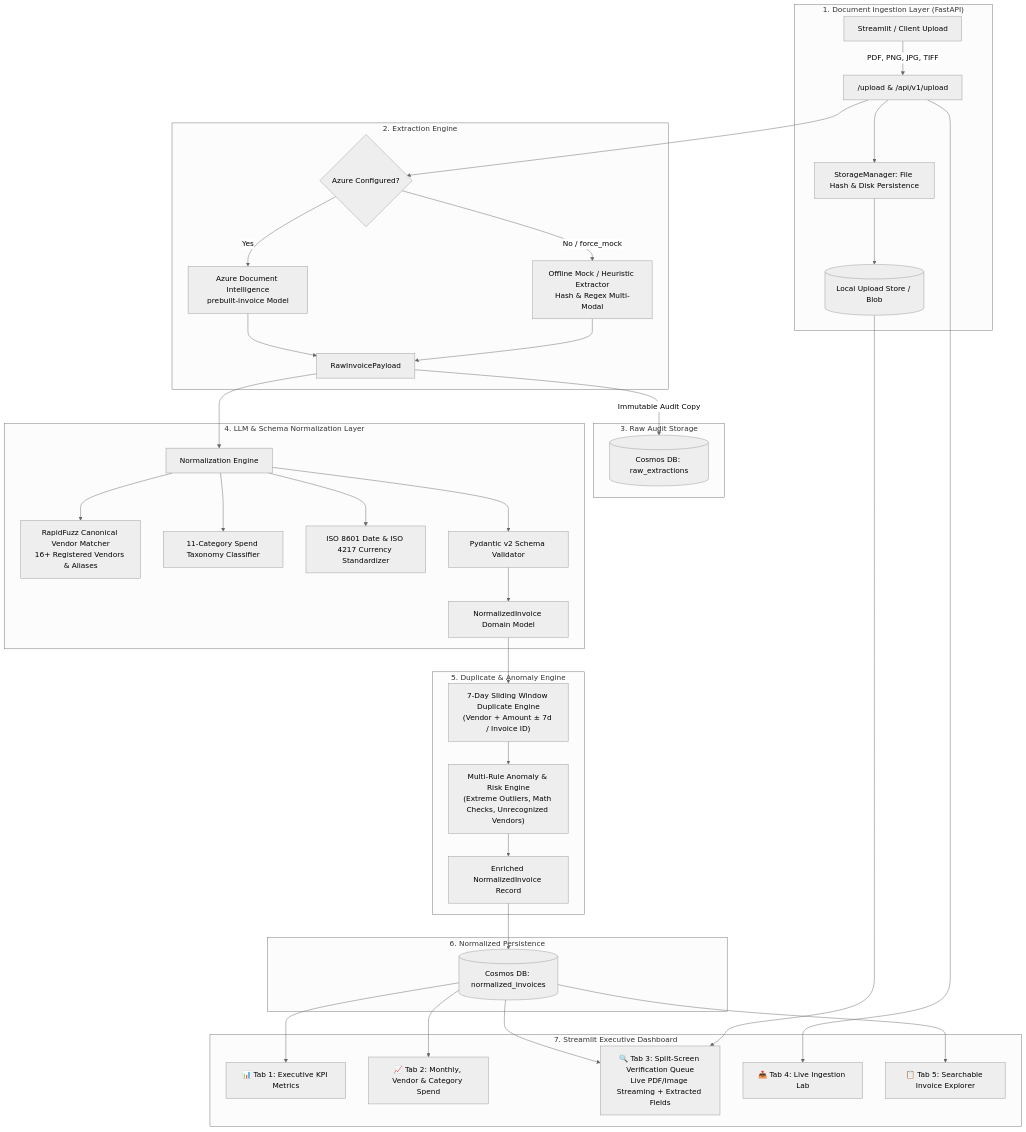
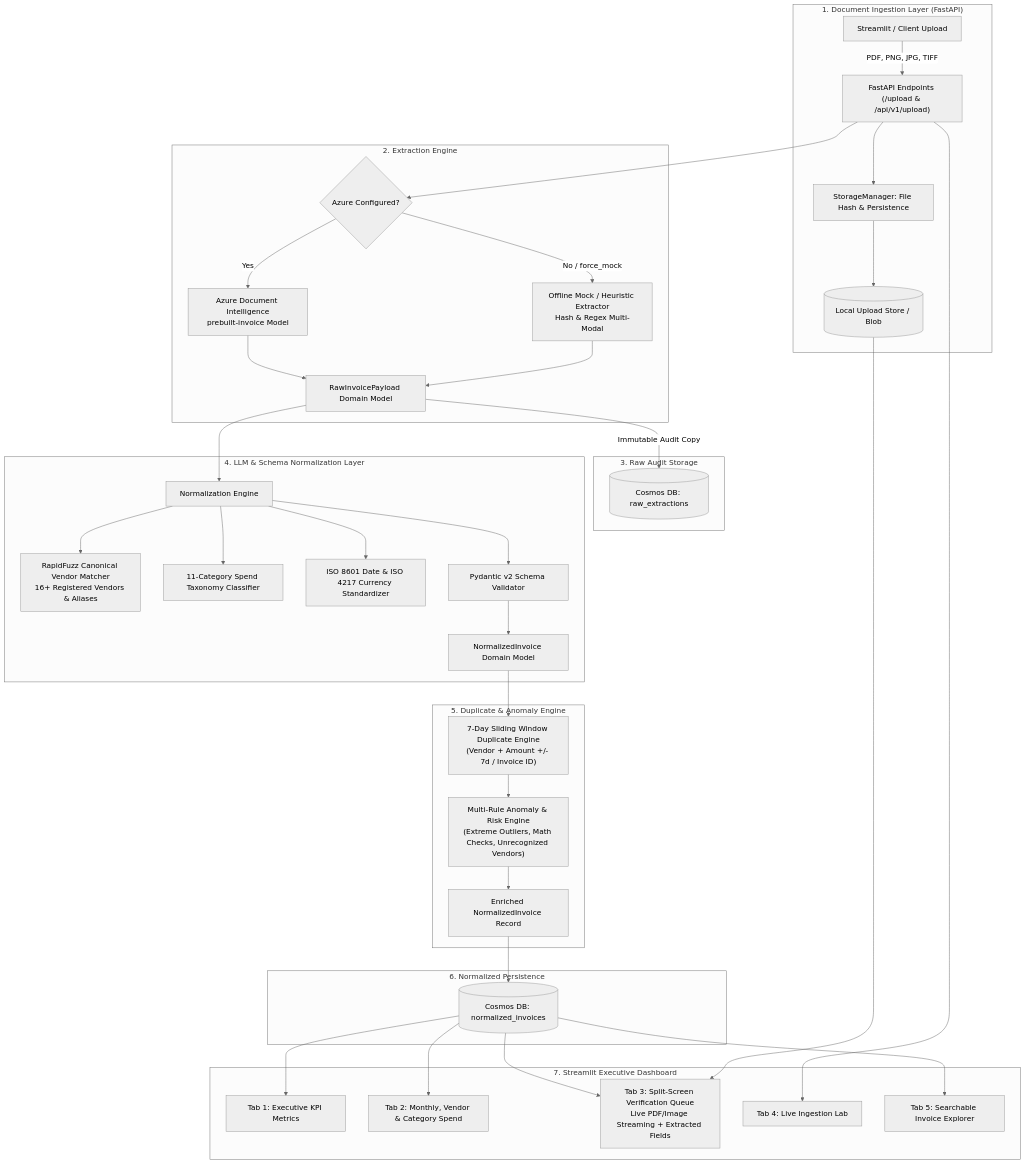
The diagram in README.md (DOWNEY7/document-intelligence-pipeline), drawn with Mermaid (neutral theme) before and after one commit. The commit also changed other lines of this file, not shown here.

Commit message:
docs: fix Mermaid architecture diagram syntax for GitHub rendering and modernize setup instructions

````diff
--- a/README.md
+++ b/README.md
@@ -15,47 +15,48 @@
 ```mermaid
 flowchart TD
     subgraph Ingestion ["1. Document Ingestion Layer (FastAPI)"]
-        UI[Streamlit / Client Upload] -->|PDF, PNG, JPG, TIFF| API["/upload & /api/v1/upload"]
-        API --> StorageMgr[StorageManager: File Hash & Disk Persistence]
-        StorageMgr --> S1[(Local Upload Store / Blob)]
+        UI["Streamlit / Client Upload"] -->|PDF, PNG, JPG, TIFF| API["FastAPI Endpoints (/upload & /api/v1/upload)"]
+        API --> StorageMgr["StorageManager: File Hash & Persistence"]
+        StorageMgr --> S1[("Local Upload Store / Blob")]
     end
 
     subgraph Extraction ["2. Extraction Engine"]
-        API --> DocCheck{Azure Configured?}
-        DocCheck -->|Yes| AzureClient[Azure Document Intelligence\nprebuilt-invoice Model]
-        DocCheck -->|No / force_mock| MockExtractor[Offline Mock / Heuristic Extractor\nHash & Regex Multi-Modal]
-        AzureClient --> RawPayload[RawInvoicePayload]
+        API --> DocCheck{"Azure Configured?"}
+        DocCheck -->|Yes| AzureClient["Azure Document Intelligence<br/>prebuilt-invoice Model"]
+        DocCheck -->|No / force_mock| MockExtractor["Offline Mock / Heuristic Extractor<br/>Hash & Regex Multi-Modal"]
+        AzureClient --> RawPayload["RawInvoicePayload Domain Model"]
         MockExtractor --> RawPayload
     end
 
     subgraph Persistence1 ["3. Raw Audit Storage"]
-        RawPayload -->|Immutable Audit Copy| RawDB[(Cosmos DB: raw_extractions)]
+        RawPayload -->|Immutable Audit Copy| RawDB[("Cosmos DB: raw_extractions")]
     end
 
     subgraph Normalization ["4. LLM & Schema Normalization Layer"]
-        RawPayload --> NormService[Normalization Engine]
-        NormService --> RapidFuzz[RapidFuzz Canonical Vendor Matcher\n16+ Registered Vendors & Aliases]
-        NormService --> Taxonomy[11-Category Spend Taxonomy Classifier]
-        NormService --> ISOParsers[ISO 8601 Date & ISO 4217 Currency Standardizer]
-        NormService --> PydanticVal[Pydantic v2 Schema Validator]
-        PydanticVal --> NormModel[NormalizedInvoice Domain Model]
+        RawPayload --> NormService["Normalization Engine"]
+        NormService --> RapidFuzz["RapidFuzz Canonical Vendor Matcher<br/>16+ Registered Vendors & Aliases"]
+        NormService --> Taxonomy["11-Category Spend Taxonomy Classifier"]
+        NormService --> ISOParsers["ISO 8601 Date & ISO 4217 Currency Standardizer"]
+        NormService --> PydanticVal["Pydantic v2 Schema Validator"]
+        PydanticVal --> NormModel["NormalizedInvoice Domain Model"]
     end
 
     subgraph Detection ["5. Duplicate & Anomaly Engine"]
-        NormModel --> DupEngine["7-Day Sliding Window Duplicate Engine\n(Vendor + Amount ± 7d / Invoice ID)"]
-        DupEngine --> AnomEngine["Multi-Rule Anomaly & Risk Engine\n(Extreme Outliers, Math Checks, Unrecognized Vendors)"]
-        AnomEngine --> EnrichedModel[Enriched NormalizedInvoice Record]
+        NormModel --> DupEngine["7-Day Sliding Window Duplicate Engine<br/>(Vendor + Amount +/- 7d / Invoice ID)"]
+        DupEngine --> AnomEngine["Multi-Rule Anomaly & Risk Engine<br/>(Extreme Outliers, Math Checks, Unrecognized Vendors)"]
+        AnomEngine --> EnrichedModel["Enriched NormalizedInvoice Record"]
     end
 
     subgraph Persistence2 ["6. Normalized Persistence"]
-        EnrichedModel --> NormDB[(Cosmos DB: normalized_invoices)]
+        EnrichedModel --> NormDB[("Cosmos DB: normalized_invoices")]
     end
 
     subgraph AnalyticsUI ["7. Streamlit Executive Dashboard"]
-        NormDB --> DashKPI[📊 Tab 1: Executive KPI Metrics]
-        NormDB --> DashSpend[📈 Tab 2: Monthly, Vendor & Category Spend]
-        NormDB & S1 --> DashVerify[🔍 Tab 3: Split-Screen Verification Queue\nLive PDF/Image Streaming + Extracted Fields]
-        API --> DashUpload[📤 Tab 4: Live Ingestion Lab]
-        NormDB --> DashExplorer[📋 Tab 5: Searchable Invoice Explorer]
+        NormDB --> DashKPI["Tab 1: Executive KPI Metrics"]
+        NormDB --> DashSpend["Tab 2: Monthly, Vendor & Category Spend"]
+        NormDB --> DashVerify["Tab 3: Split-Screen Verification Queue<br/>Live PDF/Image Streaming + Extracted Fields"]
+        S1 --> DashVerify
+        API --> DashUpload["Tab 4: Live Ingestion Lab"]
+        NormDB --> DashExplorer["Tab 5: Searchable Invoice Explorer"]
     end
 ```
````
